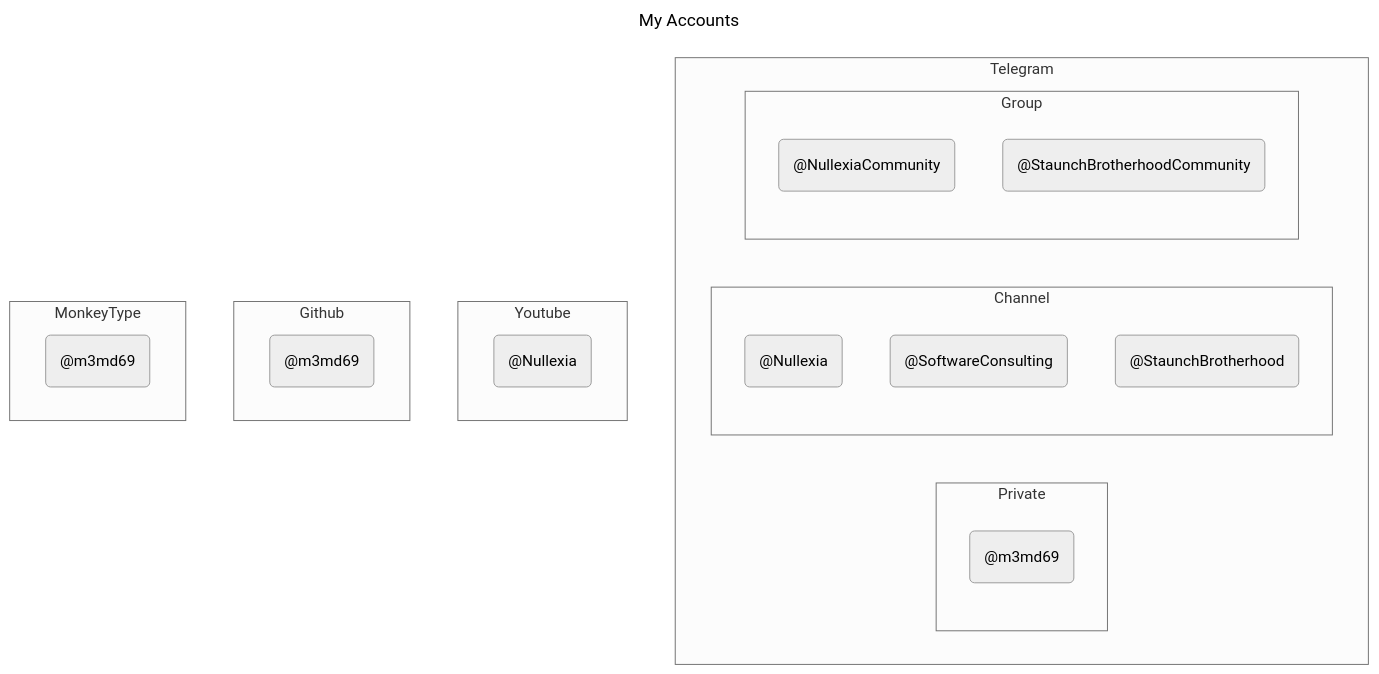
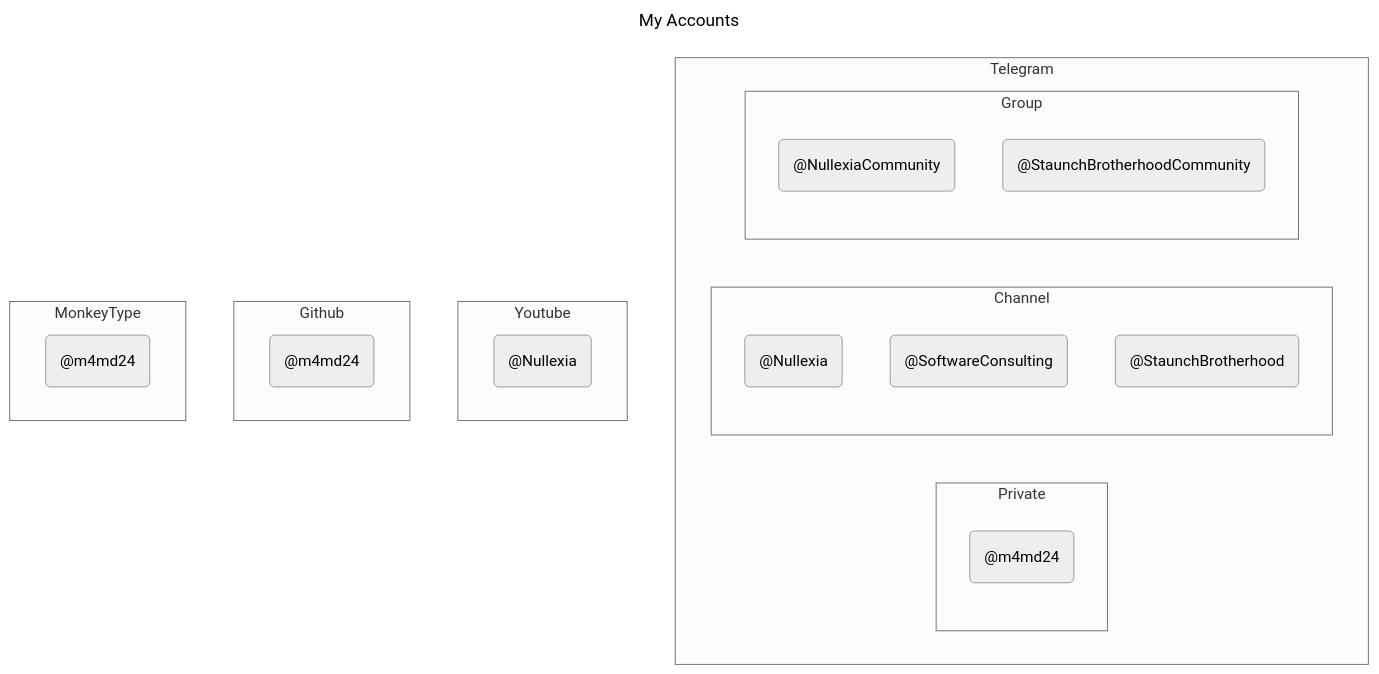
One commit to M4MD24/LearnMermaid changed the diagram in src/_1_learn/_1_1_flowchart_and_graph/_1_1_10_interaction/Interaction.mmd. Above: the diagram before and after it, drawn with Mermaid (neutral theme). The commit also changed 1 other file, not shown here.

```diff
--- a/src/_1_learn/_1_1_flowchart_and_graph/_1_1_10_interaction/Interaction.mmd
+++ b/src/_1_learn/_1_1_flowchart_and_graph/_1_1_10_interaction/Interaction.mmd
@@ -1,36 +1,36 @@
 ---
 title: My Accounts
 ---
 flowchart TB
     subgraph Telegram
         subgraph Private
-            m3md69_telegram_account("@m3md69")
+            m4md24_telegram_account("@m4md24")
         end
         subgraph Channel
             nullexia_telegram_channel("@Nullexia")
             software_consulting_telegram_channel("@SoftwareConsulting")
             staunch_brotherhood_telegram_channel("@StaunchBrotherhood")
         end
         subgraph Group
             nullexia_telegram_group("@NullexiaCommunity")
             staunch_brotherhood_telegram_group("@StaunchBrotherhoodCommunity")
         end
     end
     subgraph Youtube
         nullexia_youtube_channel("@Nullexia")
     end
     subgraph Github
-        m3md69_github_account("@m3md69")
+        m4md24_github_account("@m4md24")
     end
     subgraph MonkeyType
-        m3md69_monkey_type_account("@m3md69")
+        m4md24_monkey_type_account("@m4md24")
     end
-    click m3md69_telegram_account "https://t.me/m3md69" "Mohamed Sadawy" _blank
+    click m4md24_telegram_account "https://t.me/m4md24" "Mohamed Sadawy" _blank
     click nullexia_telegram_channel "https://t.me/Nullexia" "Nullexia For Programming" _blank
     click software_consulting_telegram_channel "https://t.me/SoftwareConsulting" "Software Consulting" _blank
     click staunch_brotherhood_telegram_channel "https://t.me/StaunchBrotherhood" "Staunch Brotherhood" _blank
     click nullexia_telegram_group "https://t.me/NullexiaCommunity" "Nullexia For Programming Community" _blank
     click staunch_brotherhood_telegram_group "https://t.me/StaunchBrotherhoodCommunity" "Staunch Brotherhood Community" _blank
     click nullexia_youtube_channel "https://www.youtube.com/@NULLEXIA" "Nullexia For Programming" _blank
-    click m3md69_github_account "https://github.com/m3md69" "Mohamed Sadawy" _blank
-    click m3md69_monkey_type_account "https://monkeytype.com/profile/m3md69" "Mohamed Sadawy" _blank
+    click m4md24_github_account "https://github.com/m4md24" "Mohamed Sadawy" _blank
+    click m4md24_monkey_type_account "https://monkeytype.com/profile/m4md24" "Mohamed Sadawy" _blank
```
